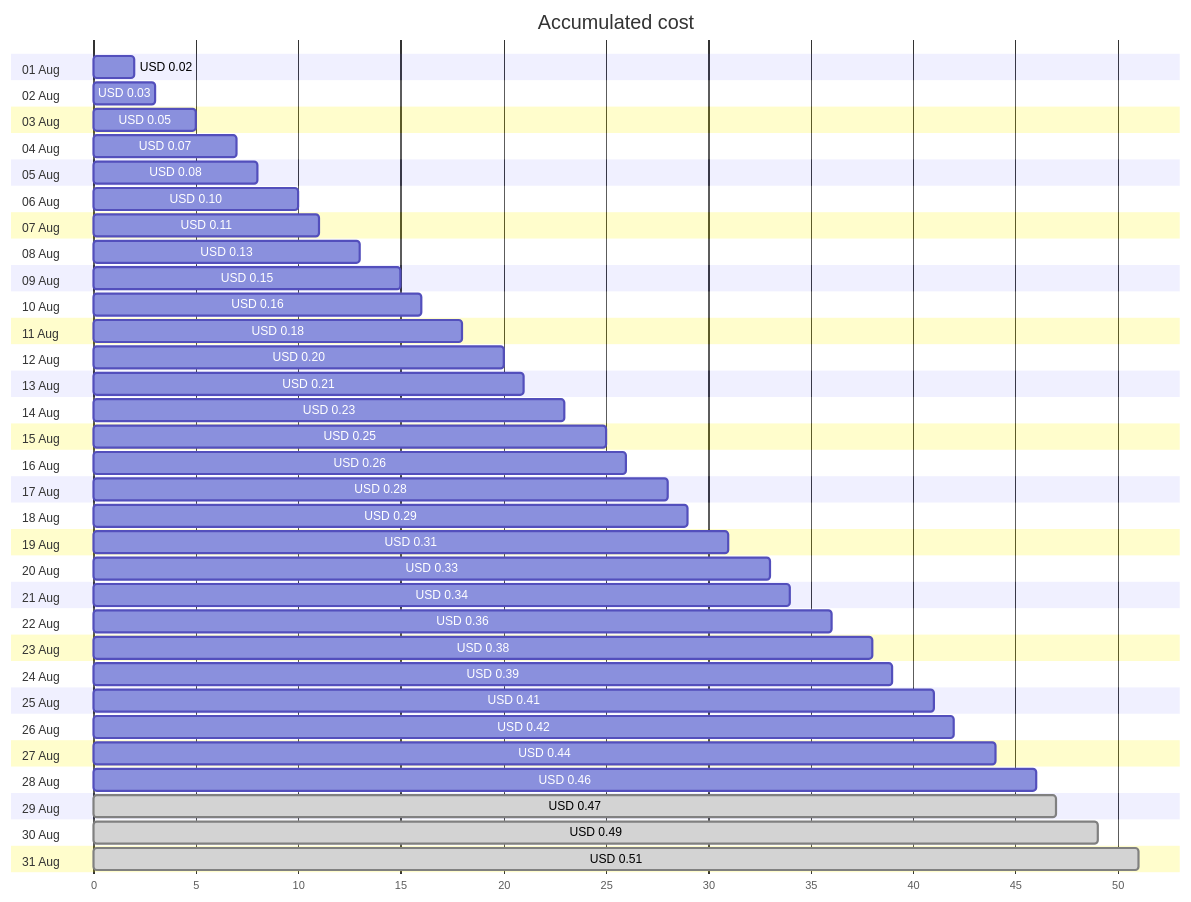
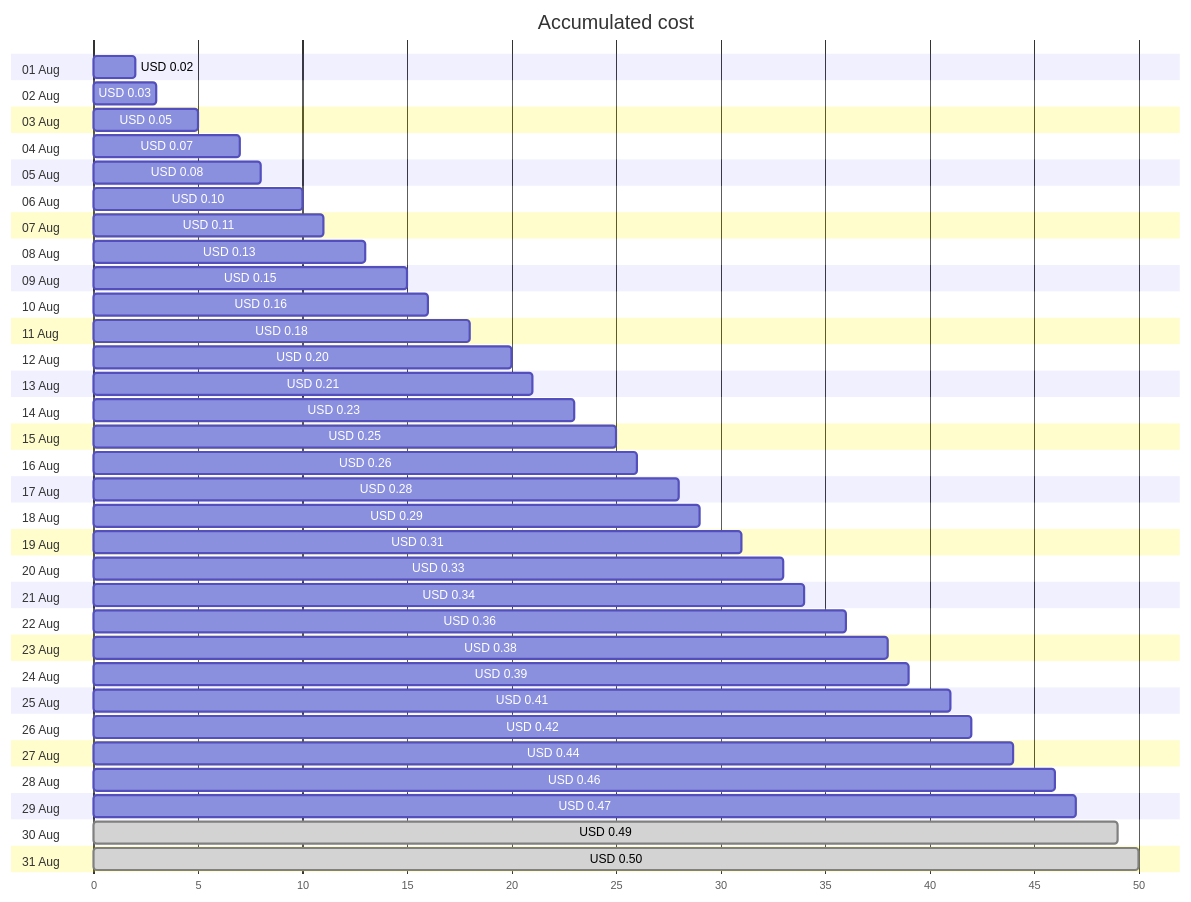
Before and after one commit to jpfulton/azure-personal-reports: the first of 4 diagrams in cost-reports/personal-dns/jpatrickfulton.com.md, drawn with Mermaid. The commit also changed other lines of this file and 2 other files, not shown here.

````diff
--- a/cost-reports/personal-dns/jpatrickfulton.com.md
+++ b/cost-reports/personal-dns/jpatrickfulton.com.md
@@ -20,68 +20,68 @@
 ```mermaid
 gantt
    title Accumulated cost
    dateFormat  X
    axisFormat %s
    section 01 Aug
    USD 0.02 :0, 2
    section 02 Aug
    USD 0.03 :0, 3
    section 03 Aug
    USD 0.05 :0, 5
    section 04 Aug
    USD 0.07 :0, 7
    section 05 Aug
    USD 0.08 :0, 8
    section 06 Aug
    USD 0.10 :0, 10
    section 07 Aug
    USD 0.11 :0, 11
    section 08 Aug
    USD 0.13 :0, 13
    section 09 Aug
    USD 0.15 :0, 15
    section 10 Aug
    USD 0.16 :0, 16
    section 11 Aug
    USD 0.18 :0, 18
    section 12 Aug
    USD 0.20 :0, 20
    section 13 Aug
    USD 0.21 :0, 21
    section 14 Aug
    USD 0.23 :0, 23
    section 15 Aug
    USD 0.25 :0, 25
    section 16 Aug
    USD 0.26 :0, 26
    section 17 Aug
    USD 0.28 :0, 28
    section 18 Aug
    USD 0.29 :0, 29
    section 19 Aug
    USD 0.31 :0, 31
    section 20 Aug
    USD 0.33 :0, 33
    section 21 Aug
    USD 0.34 :0, 34
    section 22 Aug
    USD 0.36 :0, 36
    section 23 Aug
    USD 0.38 :0, 38
    section 24 Aug
    USD 0.39 :0, 39
    section 25 Aug
    USD 0.41 :0, 41
    section 26 Aug
    USD 0.42 :0, 42
    section 27 Aug
    USD 0.44 :0, 44
    section 28 Aug
    USD 0.46 :0, 46
    section 29 Aug
-   USD 0.47 : done, 0, 47
+   USD 0.47 :0, 47
    section 30 Aug
    USD 0.49 : done, 0, 49
    section 31 Aug
-   USD 0.51 : done, 0, 51
+   USD 0.50 : done, 0, 50
 ```
````
